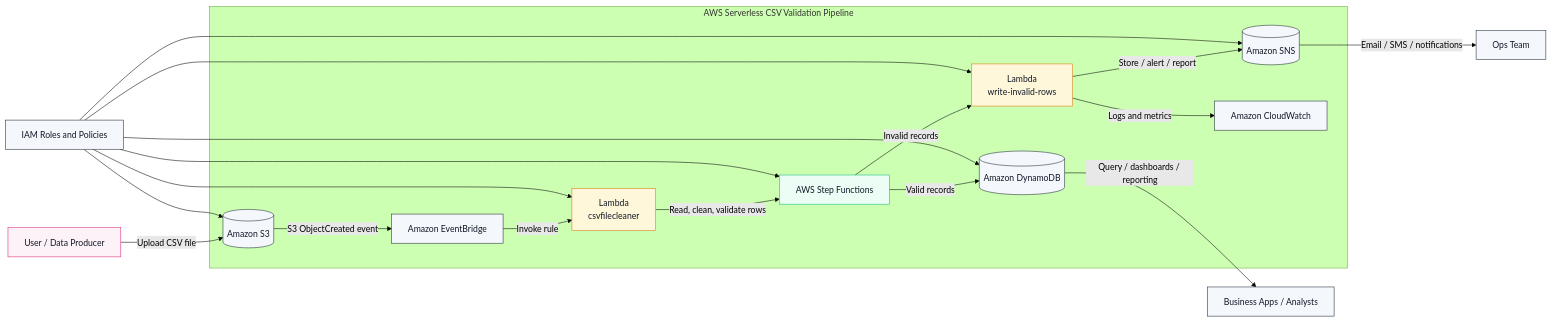
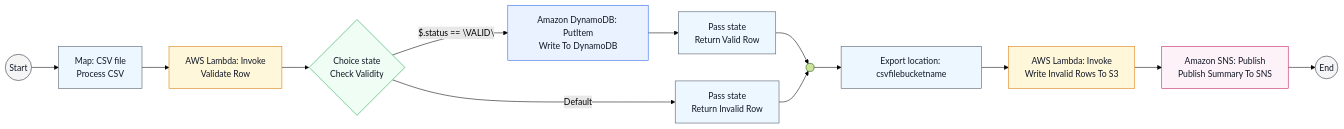
One commit to Donaldnaz/aws-serverless-csv-validation-pipeline changed the diagram in architecture/architecture.md. Above: the diagram before and after it, drawn with Mermaid (forest theme). The commit also changed other lines of this file, not shown here.

Commit message:
Align architecture diagram to the provided Step Functions workflow

````diff
--- a/architecture/architecture.md
+++ b/architecture/architecture.md
@@ -5,44 +5,33 @@
 ```mermaid
 flowchart LR
-    U[User / Data Producer] -->|Upload CSV file| S3[(Amazon S3)]
-    S3 -->|S3 ObjectCreated event| EB[Amazon EventBridge]
-    EB -->|Invoke rule| L1[Lambda<br/>csvfilecleaner]
-    L1 -->|Read, clean, validate rows| SF[AWS Step Functions]
+    Start((Start))
+    Start --> ProcessCSV["Map: CSV file<br/>Process CSV"]
+    ProcessCSV --> ValidateRow["AWS Lambda: Invoke<br/>Validate Row"]
+    ValidateRow --> CheckValidity{"Choice state<br/>Check Validity"}
 
-    SF -->|Valid records| DDB[(Amazon DynamoDB)]
-    SF -->|Invalid records| L2[Lambda<br/>write-invalid-rows]
+    CheckValidity -- "$.status == \"VALID\"" --> WriteToDynamoDB["Amazon DynamoDB: PutItem<br/>Write To DynamoDB"]
+    CheckValidity -- "Default" --> ReturnInvalidRow["Pass state<br/>Return Invalid Row"]
 
-    L2 -->|Store / alert / report| SNS[(Amazon SNS)]
-    L2 -->|Logs and metrics| CW[Amazon CloudWatch]
+    WriteToDynamoDB --> ReturnValidRow["Pass state<br/>Return Valid Row"]
+    ReturnValidRow --> Merge(( ))
+    ReturnInvalidRow --> Merge
 
-    DDB -->|Query / dashboards / reporting| APP[Business Apps / Analysts]
-    SNS -->|Email / SMS / notifications| NOTIF[Ops Team]
+    Merge --> ExportLocation["Export location: csvfilebucketname"]
+    ExportLocation --> WriteInvalidRows["AWS Lambda: Invoke<br/>Write Invalid Rows To S3"]
+    WriteInvalidRows --> PublishSummary["Amazon SNS: Publish<br/>Publish Summary To SNS"]
+    PublishSummary --> End((End))
 
-    IAM[IAM Roles and Policies] --> S3
-    IAM --> L1
-    IAM --> L2
-    IAM --> SF
-    IAM --> DDB
-    IAM --> SNS
+    classDef startEnd fill:#f5f5f5,stroke:#1f2937,stroke-width:1px,color:#111827;
+    classDef lambda fill:#fff7da,stroke:#d97706,stroke-width:1px,color:#111827;
+    classDef db fill:#ebf2ff,stroke:#2563eb,stroke-width:1px,color:#111827;
+    classDef sns fill:#fdf2f8,stroke:#be185d,stroke-width:1px,color:#111827;
+    classDef pass fill:#edf7ff,stroke:#4b5563,stroke-width:1px,color:#111827;
+    classDef choice fill:#f0fdf4,stroke:#16a34a,stroke-width:1px,color:#111827;
 
-    classDef aws fill:#f4f7fb,stroke:#1f2937,stroke-width:1px,color:#111827;
-    classDef lambda fill:#fff7da,stroke:#d97706,stroke-width:1px,color:#111827;
-    classDef data fill:#ecfdf5,stroke:#10b981,stroke-width:1px,color:#111827;
-    classDef notify fill:#fdf2f8,stroke:#db2777,stroke-width:1px,color:#111827;
-
-    class S3,EB,DDB,SNS,CW,APP,NOTIF,IAM aws;
-    class L1,L2 lambda;
-    class SF data;
-    class U notify;
-
-    subgraph AWS["AWS Serverless CSV Validation Pipeline"]
-        S3
-        EB
-        L1
-        SF
-        L2
-        DDB
-        SNS
-        CW
-    end
+    class Start,End startEnd;
+    class ValidateRow,WriteInvalidRows lambda;
+    class WriteToDynamoDB db;
+    class PublishSummary sns;
+    class ProcessCSV,ReturnValidRow,ReturnInvalidRow,ExportLocation pass;
+    class CheckValidity choice;
 ```
````
